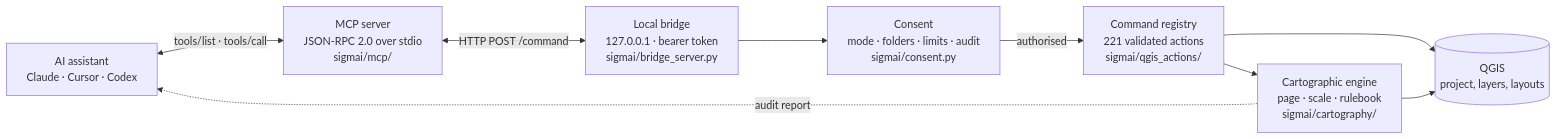
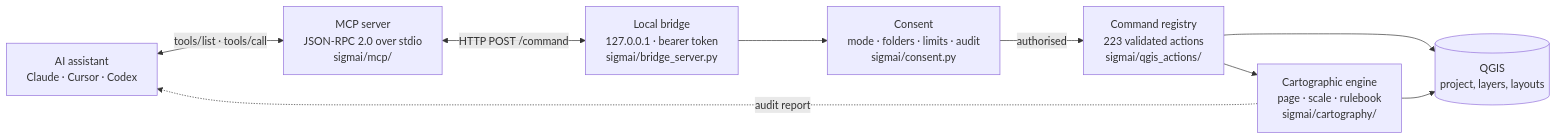
The diagram in README.md (LuanCortesM/SIGMAI), drawn with Mermaid before and after one commit. The commit also changed other lines of this file and 9 other files, not shown here.

````diff
--- a/README.md
+++ b/README.md
@@ -133,19 +137,19 @@
 ```mermaid
 flowchart LR
     A["AI assistant<br/>Claude · Cursor · Codex"]
     B["MCP server<br/>JSON-RPC 2.0 over stdio<br/>sigmai/mcp/"]
     C["Local bridge<br/>127.0.0.1 · bearer token<br/>sigmai/bridge_server.py"]
     D["Consent<br/>mode · folders · limits · audit<br/>sigmai/consent.py"]
-    E["Command registry<br/>221 validated actions<br/>sigmai/qgis_actions/"]
+    E["Command registry<br/>223 validated actions<br/>sigmai/qgis_actions/"]
     F["Cartographic engine<br/>page · scale · rulebook<br/>sigmai/cartography/"]
     G[("QGIS<br/>project, layers, layouts")]
 
     A <-->|"tools/list · tools/call"| B
     B <-->|"HTTP POST /command"| C
     C --> D
     D -->|"authorised"| E
     E --> F
     E --> G
     F --> G
     F -.->|"audit report"| A
 ```
````
